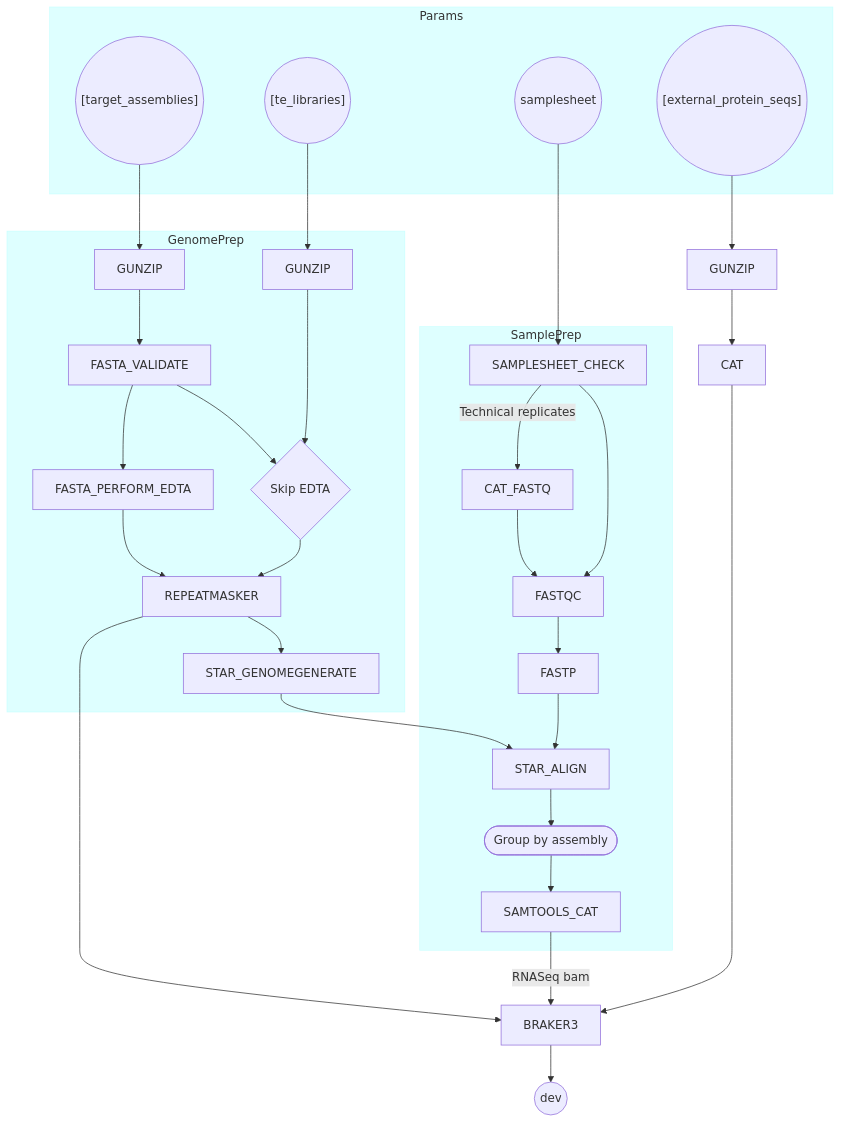
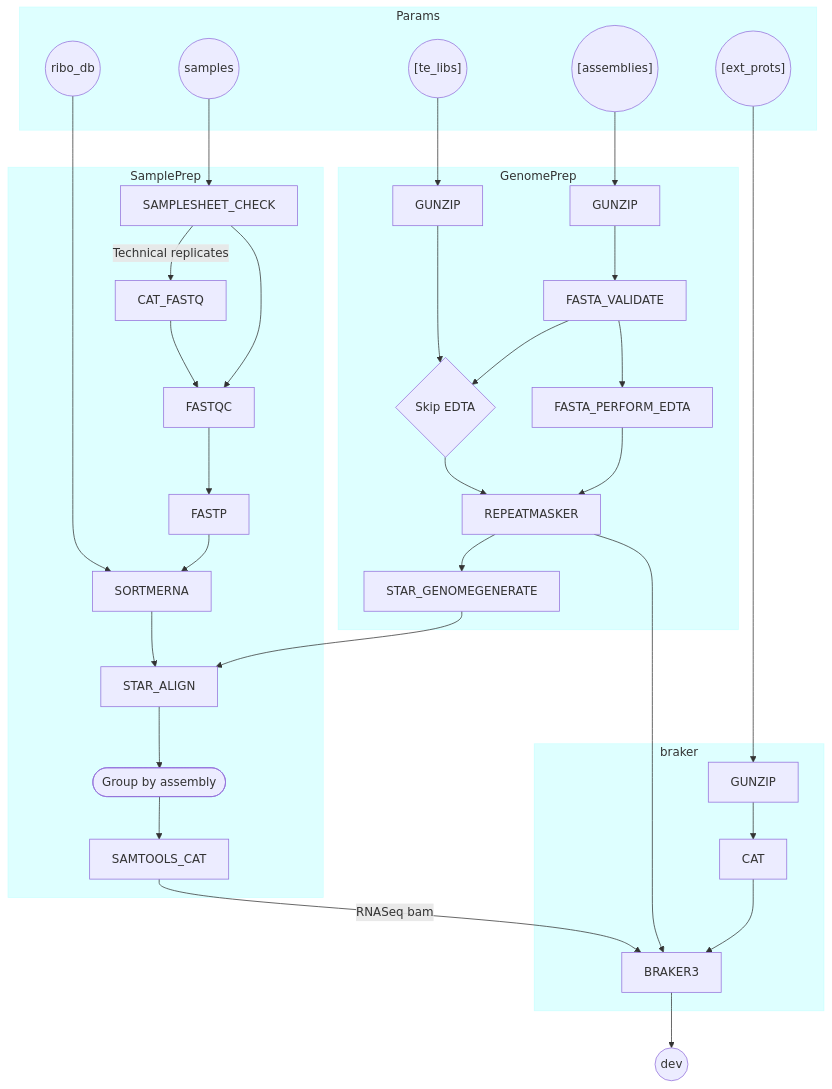
The diagram in README.md (rosscrowhurst/genepal), drawn with Mermaid before and after one commit.

Commit message:
Updated flow

````diff
--- a/README.md
+++ b/README.md
@@ -6,25 +6,26 @@
 ```mermaid
 flowchart TD
-    TARGET_ASSEMBLIES(("[target_assemblies]"))
-    TE_LIBRARIES(("[te_libraries]"))
-    SAMPLESHEET((samplesheet))
-    EXTERNAL_PROTEIN_SEQS(("[external_protein_seqs]"))
+    ribo_db((ribo_db))
+    SAMPLESHEET((samples))
+    TE_LIBRARIES(("[te_libs]"))
+    TARGET_ASSEMBLIES(("[assemblies]"))
+    EXTERNAL_PROTEIN_SEQS(("[ext_prots]"))
     
     GUNZIP_PROT[GUNZIP]
     GUNZIP_TE[GUNZIP]
     SKIP_EDTA{Skip EDTA}
     pend((dev))
     
+    TE_LIBRARIES --> GUNZIP_TE
+    GUNZIP_TE --> SKIP_EDTA
+    
     TARGET_ASSEMBLIES --> GUNZIP
     GUNZIP --> FASTA_VALIDATE
     FASTA_VALIDATE --> FASTA_PERFORM_EDTA
     FASTA_VALIDATE --> SKIP_EDTA
     
-    TE_LIBRARIES --> GUNZIP_TE
-    GUNZIP_TE --> SKIP_EDTA
     SKIP_EDTA --> REPEATMASKER
     FASTA_PERFORM_EDTA --> REPEATMASKER
-    REPEATMASKER --> BRAKER3
     REPEATMASKER --> STAR_GENOMEGENERATE
 
     SAMPLESHEET --> SAMPLESHEET_CHECK
@@ -32,11 +33,16 @@
     CAT_FASTQ --> FASTQC
     SAMPLESHEET_CHECK --> FASTQC
     FASTQC --> FASTP
-    FASTP --> STAR_ALIGN
+    
+    ribo_db --> SORTMERNA
+    FASTP --> SORTMERNA
+    SORTMERNA --> STAR_ALIGN
     STAR_GENOMEGENERATE --> STAR_ALIGN
     STAR_ALIGN --> GROUP_BY_ASSEMBLY([Group by assembly])
     GROUP_BY_ASSEMBLY --> SAMTOOLS_CAT
     SAMTOOLS_CAT --> |RNASeq bam|BRAKER3
+
+    REPEATMASKER --> BRAKER3
 
     EXTERNAL_PROTEIN_SEQS --> GUNZIP_PROT
     GUNZIP_PROT --> CAT
@@ -48,6 +54,7 @@
     TARGET_ASSEMBLIES
     TE_LIBRARIES
     SAMPLESHEET
+    ribo_db
     EXTERNAL_PROTEIN_SEQS
     end
 
@@ -61,11 +68,18 @@
     STAR_GENOMEGENERATE
     end
 
+    subgraph braker
+    CAT
+    GUNZIP_PROT
+    BRAKER3
+    end
+
     subgraph SamplePrep
     SAMPLESHEET_CHECK
     CAT_FASTQ
     FASTQC
     FASTP
+    SORTMERNA
     STAR_ALIGN
     GROUP_BY_ASSEMBLY
     SAMTOOLS_CAT
@@ -74,4 +88,5 @@
     style Params fill:#00FFFF21,stroke:#00FFFF21
     style GenomePrep fill:#00FFFF21,stroke:#00FFFF21
     style SamplePrep fill:#00FFFF21,stroke:#00FFFF21
+    style braker fill:#00FFFF21,stroke:#00FFFF21
 ```
````
